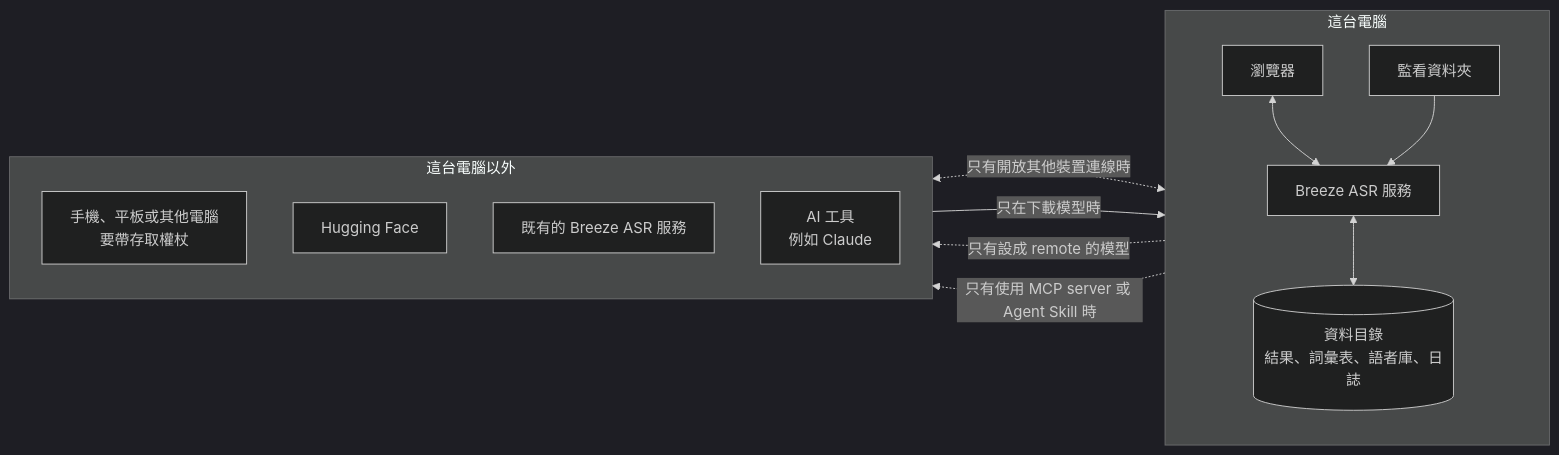
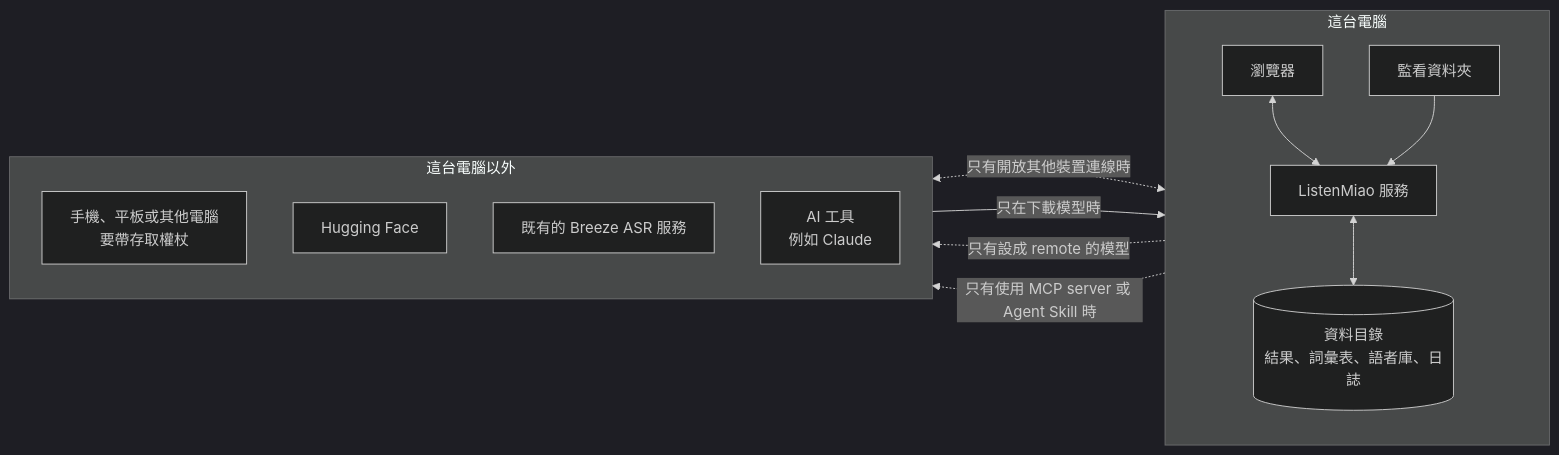
The diagram in PRIVACY.md (Scorpio-meow/Breeze-ASR), drawn with Mermaid (dark theme) before and after one commit. The commit also changed other lines of this file and 89 other files, not shown here.

First line of the commit message:
feat: 發布 0.7.0，專案改名為 ListenMiao

````diff
--- a/PRIVACY.md
+++ b/PRIVACY.md
@@ -11,20 +11,20 @@
 ```mermaid
 flowchart LR
     subgraph local["這台電腦"]
         direction TB
-        browser["瀏覽器"] <--> service["Breeze ASR 服務"]
+        browser["瀏覽器"] <--> service["ListenMiao 服務"]
         folder["監看資料夾"] --> service
         service <--> data[("資料目錄<br/>結果、詞彙表、語者庫、日誌")]
     end
     subgraph outside["這台電腦以外"]
         direction TB
         phone["手機、平板或其他電腦<br/>要帶存取權杖"]
         hf["Hugging Face"]
         remote["既有的 Breeze ASR 服務"]
         mcp["AI 工具<br/>例如 Claude"]
     end
     phone <-.->|只有開放其他裝置連線時| service
     hf -->|只在下載模型時| service
     service -.->|只有設成 remote 的模型| remote
     service -.->|只有使用 MCP server 或 Agent Skill 時| mcp
 ```
````
